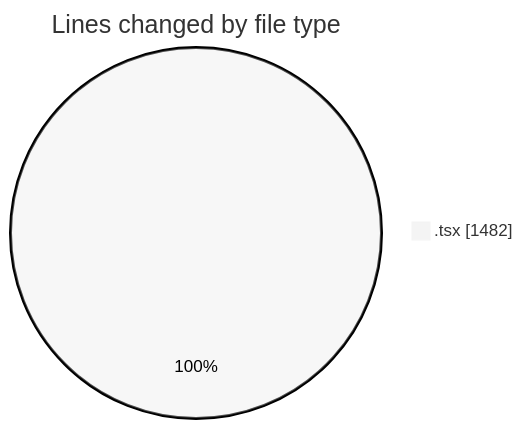
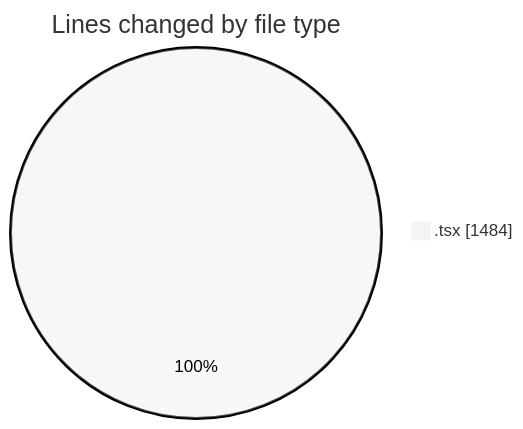
Before and after one commit to julien-gomy/code-tracking: the first of 2 diagrams in 2025-10-10/eventscop-frontend-guide__workspace_/README.md, drawn with Mermaid (neutral theme). The commit also changed other lines of this file and 1 other file, not shown here.

````diff
--- a/2025-10-10/eventscop-frontend-guide__workspace_/README.md
+++ b/2025-10-10/eventscop-frontend-guide__workspace_/README.md
@@ -24,5 +24,5 @@
 ```mermaid
 pie showData
 title Lines changed by file type
-".tsx" : 1482
+".tsx" : 1484
 ```
````
